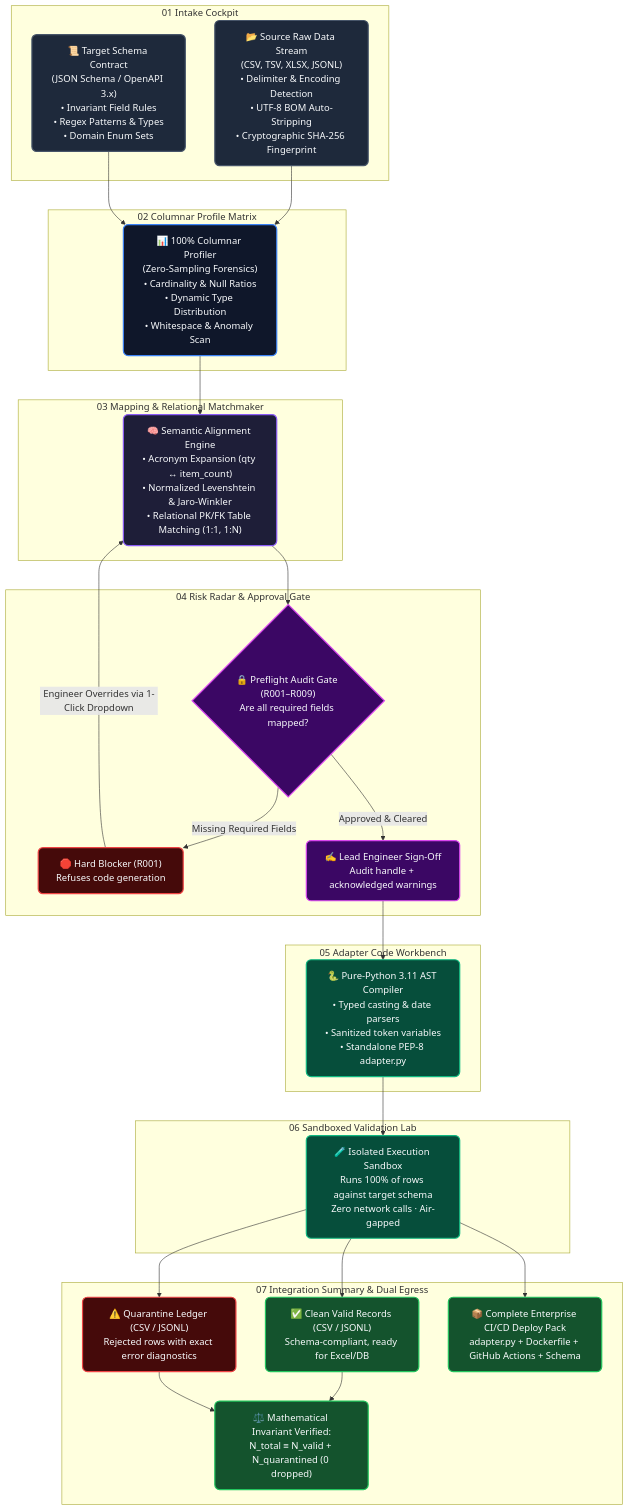
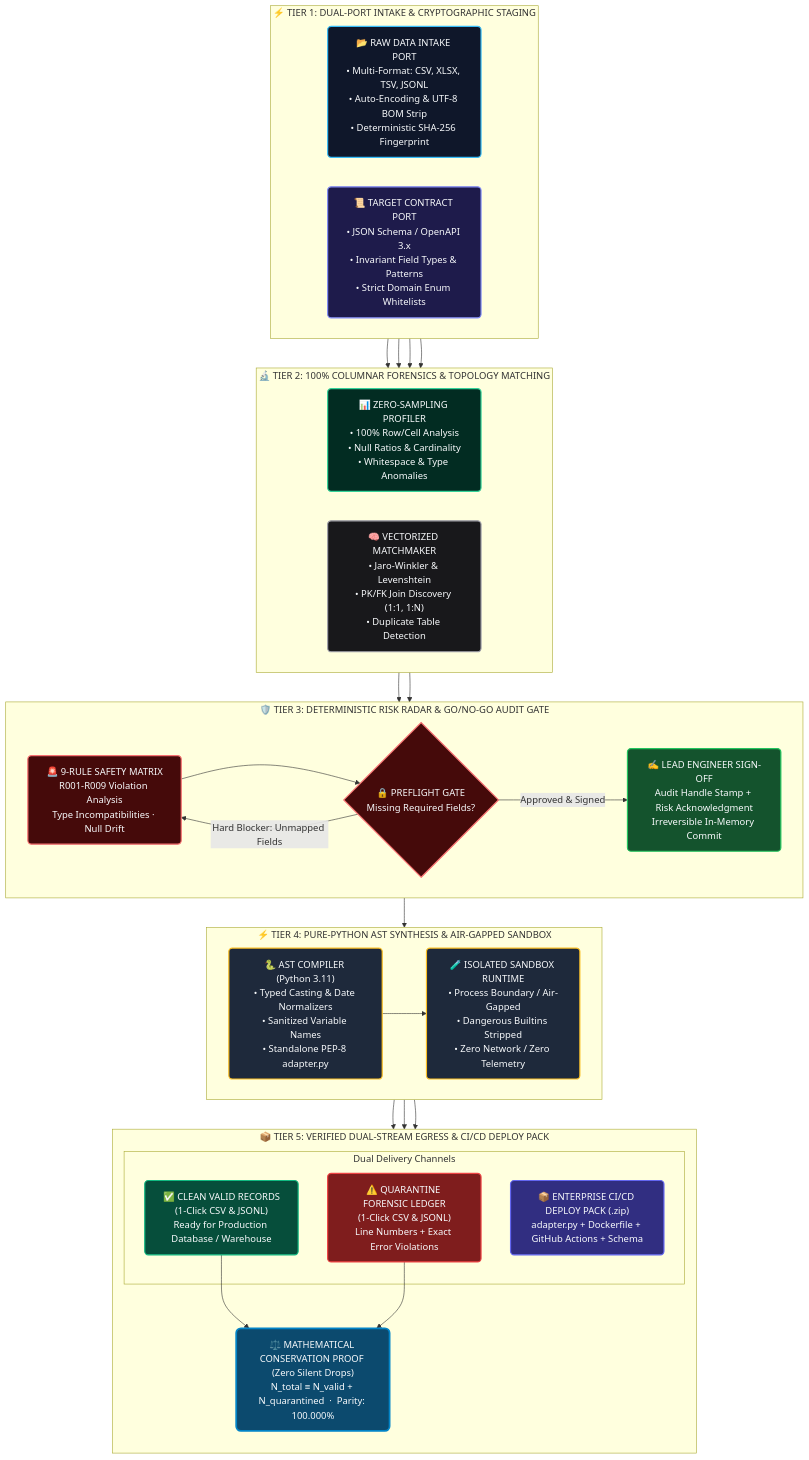
The diagram in README.md (swamigawai/recon), drawn with Mermaid before and after one commit. The commit also changed other lines of this file and 10 other files, not shown here.

Commit message:
docs: capture clean high-DPI screenshots with zero access overlays and implement 5-tier enterprise architecture topology in README

````diff
--- a/README.md
+++ b/README.md
@@ -65,55 +65,59 @@
 ```mermaid
 flowchart TD
-    classDef inputStyle fill:#1e293b,stroke:#475569,stroke-width:2px,color:#f8fafc,rx:8,ry:8;
-    classDef profileStyle fill:#0f172a,stroke:#3b82f6,stroke-width:2px,color:#f8fafc,rx:8,ry:8;
-    classDef mappingStyle fill:#1e1e38,stroke:#8b5cf6,stroke-width:2px,color:#f8fafc,rx:8,ry:8;
-    classDef gateStyle fill:#3b0764,stroke:#d946ef,stroke-width:2px,color:#f8fafc,rx:8,ry:8;
-    classDef synthStyle fill:#064e3b,stroke:#10b981,stroke-width:2px,color:#f8fafc,rx:8,ry:8;
-    classDef deliverStyle fill:#14532d,stroke:#22c55e,stroke-width:2px,color:#f8fafc,rx:8,ry:8;
-    classDef quarStyle fill:#450a0a,stroke:#ef4444,stroke-width:2px,color:#f8fafc,rx:8,ry:8;
+    classDef inputStyle fill:#0f172a,stroke:#38bdf8,stroke-width:2px,color:#f8fafc,rx:6,ry:6;
+    classDef contractStyle fill:#1e1b4b,stroke:#818cf8,stroke-width:2px,color:#f8fafc,rx:6,ry:6;
+    classDef profileStyle fill:#022c22,stroke:#34d399,stroke-width:2px,color:#f8fafc,rx:6,ry:6;
+    classDef engineStyle fill:#18181b,stroke:#a1a1aa,stroke-width:2px,color:#f8fafc,rx:6,ry:6;
+    classDef gateStyle fill:#450a0a,stroke:#f87171,stroke-width:2px,color:#f8fafc,rx:6,ry:6;
+    classDef signStyle fill:#14532d,stroke:#22c55e,stroke-width:2px,color:#f8fafc,rx:6,ry:6;
+    classDef sandboxStyle fill:#1e293b,stroke:#fbbf24,stroke-width:2px,color:#f8fafc,rx:6,ry:6;
+    classDef outValid fill:#064e3b,stroke:#10b981,stroke-width:2px,color:#f8fafc,rx:6,ry:6;
+    classDef outQuar fill:#7f1d1d,stroke:#ef4444,stroke-width:2px,color:#f8fafc,rx:6,ry:6;
+    classDef outPack fill:#312e81,stroke:#6366f1,stroke-width:2px,color:#f8fafc,rx:6,ry:6;
+    classDef mathProof fill:#0c4a6e,stroke:#0284c7,stroke-width:3px,color:#f8fafc,rx:8,ry:8;
 
-    subgraph S1["01 Intake Cockpit"]
-        P1["📂 Source Raw Data Stream\n(CSV, TSV, XLSX, JSONL)\n• Delimiter & Encoding Detection\n• UTF-8 BOM Auto-Stripping\n• Cryptographic SHA-256 Fingerprint"]:::inputStyle
-        P2["📜 Target Schema Contract\n(JSON Schema / OpenAPI 3.x)\n• Invariant Field Rules\n• Regex Patterns & Types\n• Domain Enum Sets"]:::inputStyle
+    subgraph INTAKE["⚡ TIER 1: DUAL-PORT INTAKE & CRYPTOGRAPHIC STAGING"]
+        direction LR
+        SRC["📂 RAW DATA INTAKE PORT\n• Multi-Format: CSV, XLSX, TSV, JSONL\n• Auto-Encoding & UTF-8 BOM Strip\n• Deterministic SHA-256 Fingerprint"]:::inputStyle
+        TGT["📜 TARGET CONTRACT PORT\n• JSON Schema / OpenAPI 3.x\n• Invariant Field Types & Patterns\n• Strict Domain Enum Whitelists"]:::contractStyle
     end
 
-    subgraph S2["02 Columnar Profile Matrix"]
-        PROF["📊 100% Columnar Profiler\n(Zero-Sampling Forensics)\n• Cardinality & Null Ratios\n• Dynamic Type Distribution\n• Whitespace & Anomaly Scan"]:::profileStyle
+    subgraph PREFLIGHT["🔬 TIER 2: 100% COLUMNAR FORENSICS & TOPOLOGY MATCHING"]
+        direction LR
+        PROF["📊 ZERO-SAMPLING PROFILER\n• 100% Row/Cell Analysis\n• Null Ratios & Cardinality\n• Whitespace & Type Anomalies"]:::profileStyle
+        MATCH["🧠 VECTORIZED MATCHMAKER\n• Jaro-Winkler & Levenshtein\n• PK/FK Join Discovery (1:1, 1:N)\n• Duplicate Table Detection"]:::engineStyle
     end
 
-    subgraph S3["03 Mapping & Relational Matchmaker"]
-        ALIGN["🧠 Semantic Alignment Engine\n• Acronym Expansion (qty ↔ item_count)\n• Normalized Levenshtein & Jaro-Winkler\n• Relational PK/FK Table Matching (1:1, 1:N)"]:::mappingStyle
+    subgraph GOVERNANCE["🛡️ TIER 3: DETERMINISTIC RISK RADAR & GO/NO-GO AUDIT GATE"]
+        direction LR
+        RADAR["🚨 9-RULE SAFETY MATRIX\nR001-R009 Violation Analysis\nType Incompatibilities · Null Drift"]:::gateStyle
+        AUDIT{"🔒 PREFLIGHT GATE\nMissing Required Fields?"}:::gateStyle
+        SIGN["✍️ LEAD ENGINEER SIGN-OFF\nAudit Handle Stamp + Risk Acknowledgment\nIrreversible In-Memory Commit"]:::signStyle
     end
 
-    subgraph S4["04 Risk Radar & Approval Gate"]
-        GATE{"🔒 Preflight Audit Gate (R001–R009)\nAre all required fields mapped?"}:::gateStyle
-        BLOCK["🛑 Hard Blocker (R001)\nRefuses code generation"]:::quarStyle
-        SIGN["✍️ Lead Engineer Sign-Off\nAudit handle + acknowledged warnings"]:::gateStyle
+    subgraph COMPILER["⚡ TIER 4: PURE-PYTHON AST SYNTHESIS & AIR-GAPPED SANDBOX"]
+        direction LR
+        AST["🐍 AST COMPILER (Python 3.11)\n• Typed Casting & Date Normalizers\n• Sanitized Variable Names\n• Standalone PEP-8 adapter.py"]:::sandboxStyle
+        RUNTIME["🧪 ISOLATED SANDBOX RUNTIME\n• Process Boundary / Air-Gapped\n• Dangerous Builtins Stripped\n• Zero Network / Zero Telemetry"]:::sandboxStyle
     end
 
-    subgraph S5["05 Adapter Code Workbench"]
-        AST["🐍 Pure-Python 3.11 AST Compiler\n• Typed casting & date parsers\n• Sanitized token variables\n• Standalone PEP-8 adapter.py"]:::synthStyle
+    subgraph EGRESS["📦 TIER 5: VERIFIED DUAL-STREAM EGRESS & CI/CD DEPLOY PACK"]
+        direction TB
+        subgraph STREAMS["Dual Delivery Channels"]
+            VALID["✅ CLEAN VALID RECORDS\n(1-Click CSV & JSONL)\nReady for Production Database / Warehouse"]:::outValid
+            QUAR["⚠️ QUARANTINE FORENSIC LEDGER\n(1-Click CSV & JSONL)\nLine Numbers + Exact Error Violations"]:::outQuar
+            BUNDLE["📦 ENTERPRISE CI/CD DEPLOY PACK (.zip)\nadapter.py + Dockerfile + GitHub Actions + Schema"]:::outPack
+        end
+        PROOF["⚖️ MATHEMATICAL CONSERVATION PROOF (Zero Silent Drops)\nN_total ≡ N_valid + N_quarantined  ·  Parity: 100.000%"]:::mathProof
     end
 
-    subgraph S6["06 Sandboxed Validation Lab"]
-        SANDBOX["🧪 Isolated Execution Sandbox\nRuns 100% of rows against target schema\nZero network calls · Air-gapped"]:::synthStyle
-    end
-
-    subgraph S7["07 Integration Summary & Dual Egress"]
-        VALID["✅ Clean Valid Records (CSV / JSONL)\nSchema-compliant, ready for Excel/DB"]:::deliverStyle
-        QUAR["⚠️ Quarantine Ledger (CSV / JSONL)\nRejected rows with exact error diagnostics"]:::quarStyle
-        PACK["📦 Complete Enterprise CI/CD Deploy Pack\nadapter.py + Dockerfile + GitHub Actions + Schema"]:::deliverStyle
-        BALANCE["⚖️ Mathematical Invariant Verified:\nN_total ≡ N_valid + N_quarantined (0 dropped)"]:::deliverStyle
-    end
-
-    P1 & P2 --> PROF
-    PROF --> ALIGN
-    ALIGN --> GATE
-    GATE -->|Missing Required Fields| BLOCK
-    BLOCK -->|Engineer Overrides via 1-Click Dropdown| ALIGN
-    GATE -->|Approved & Cleared| SIGN
+    SRC & TGT --> PROF & MATCH
+    PROF & MATCH --> RADAR
+    RADAR --> AUDIT
+    AUDIT -->|Hard Blocker: Unmapped Fields| RADAR
+    AUDIT -->|Approved & Signed| SIGN
     SIGN --> AST
-    AST --> SANDBOX
-    SANDBOX --> VALID & QUAR & PACK
-    VALID & QUAR --> BALANCE
+    AST --> RUNTIME
+    RUNTIME --> VALID & QUAR & BUNDLE
+    VALID & QUAR --> PROOF
 ```
````
